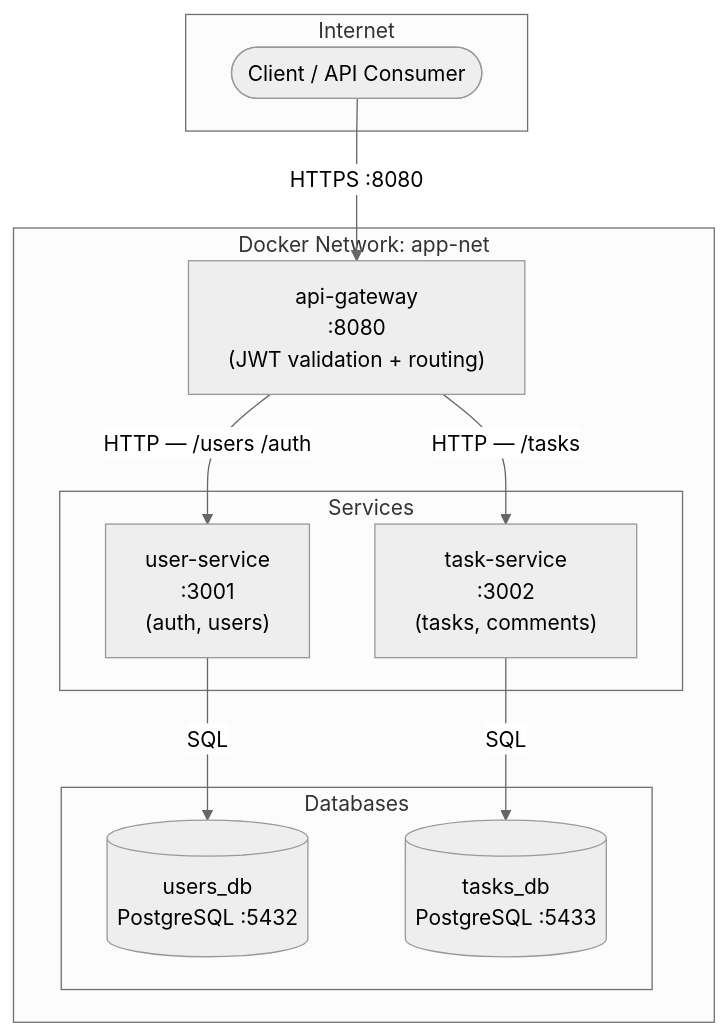
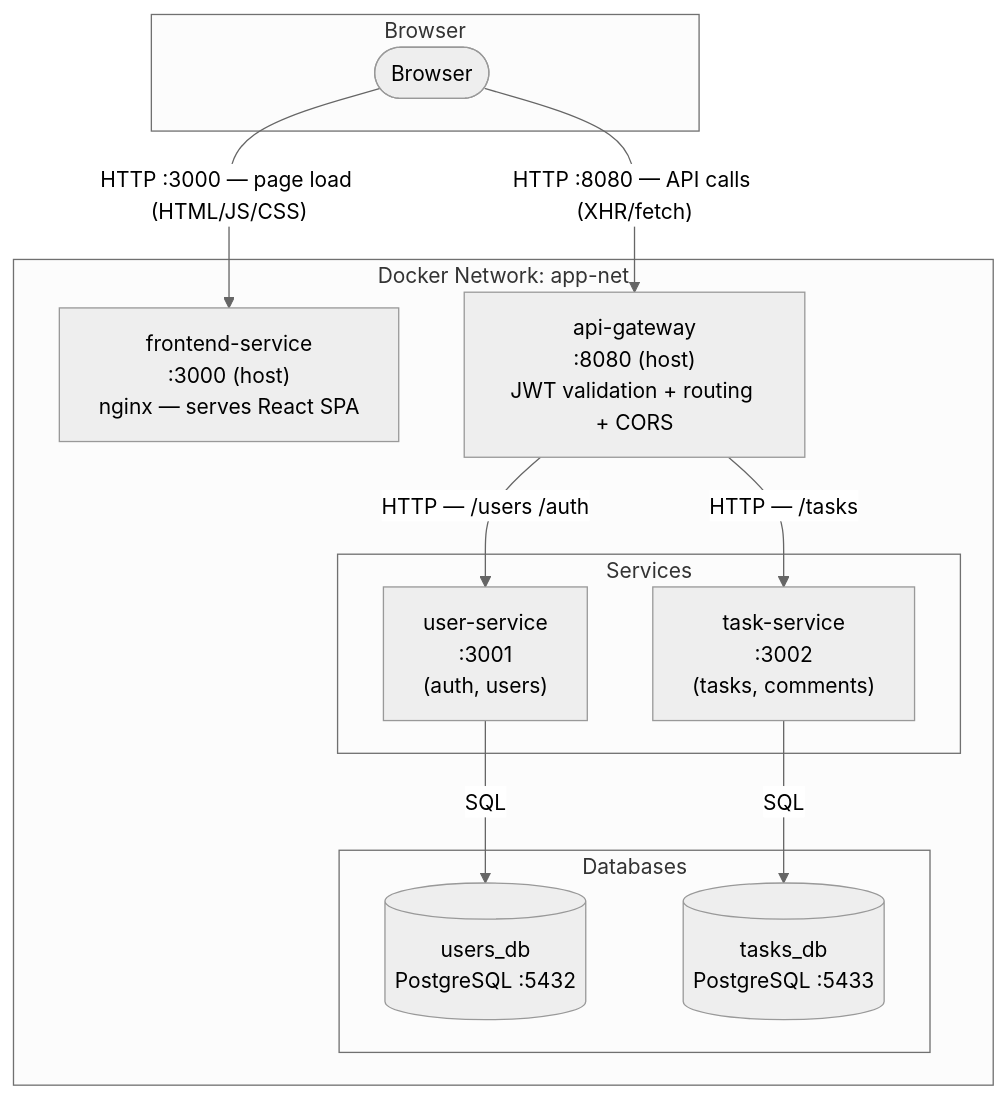
One commit to walterdmt88-taskmanager/docs changed the first of 3 diagrams in docs/architecture.md. Above: the diagram before and after it, drawn with Mermaid (neutral theme). The commit also changed other lines of this file and 5 other files, not shown here.

````diff
--- a/docs/architecture.md
+++ b/docs/architecture.md
@@ -8,26 +8,28 @@
 ```mermaid
 graph TB
-  subgraph Internet
-    Client([Client / API Consumer])
+  subgraph Browser
+    B([Browser])
   end
 
-  subgraph Docker Network: app-net
-    GW["api-gateway\n:8080\n(JWT validation + routing)"]
+  subgraph "Docker Network: app-net"
+    FE["frontend-service\n:3000 (host)\nnginx — serves React SPA"]
+    GW["api-gateway\n:8080 (host)\nJWT validation + routing + CORS"]
 
     subgraph Services
       US["user-service\n:3001\n(auth, users)"]
       TS["task-service\n:3002\n(tasks, comments)"]
     end
 
     subgraph Databases
       UDB[("users_db\nPostgreSQL :5432")]
       TDB[("tasks_db\nPostgreSQL :5433")]
     end
   end
 
-  Client -->|HTTPS :8080| GW
-  GW -->|HTTP — /users /auth| US
-  GW -->|HTTP — /tasks| TS
+  B -->|"HTTP :3000 — page load (HTML/JS/CSS)"| FE
+  B -->|"HTTP :8080 — API calls (XHR/fetch)"| GW
+  GW -->|"HTTP — /users /auth"| US
+  GW -->|"HTTP — /tasks"| TS
   US -->|SQL| UDB
   TS -->|SQL| TDB
 ```
````
